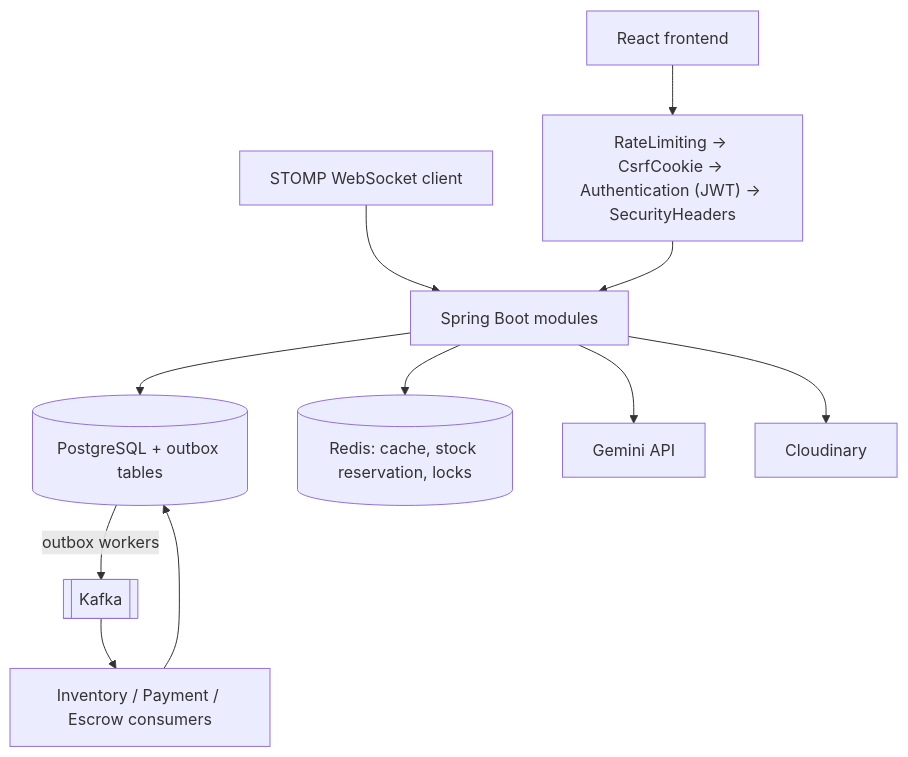
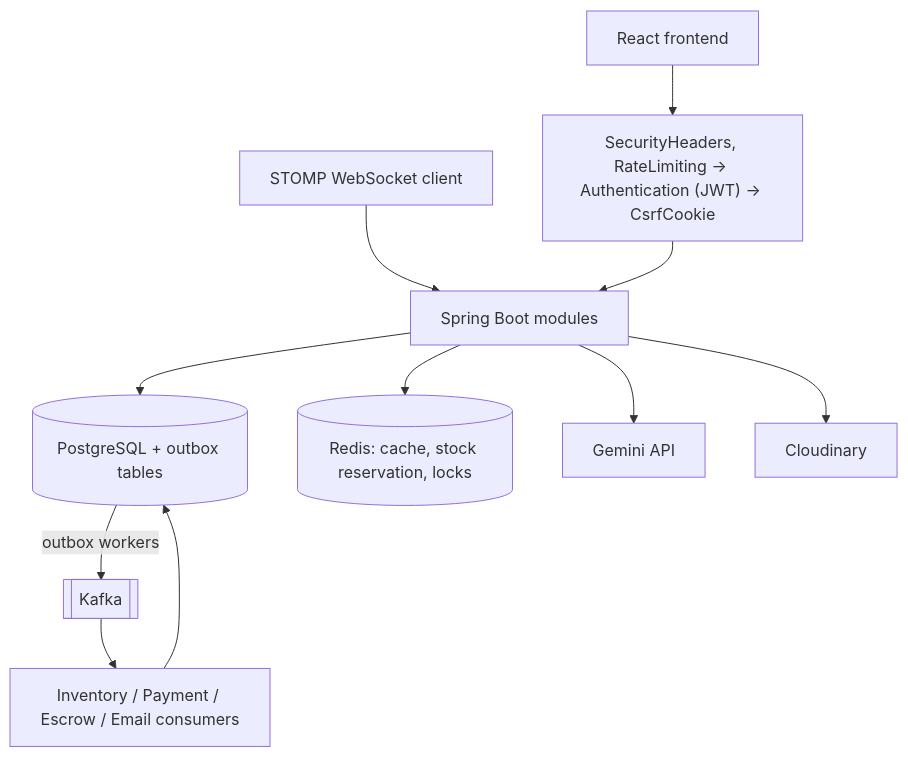
The diagram in README.md (Shyesilbas/secondHand), drawn with Mermaid before and after one commit. The commit also changed other lines of this file, not shown here.

First line of the commit message:
docs(readme): sync with current architecture, seeds, tests and security

````diff
--- a/README.md
+++ b/README.md
@@ -11,13 +11,13 @@
 ```mermaid
 graph TD
-    React["React frontend"] --> Filters["RateLimiting → CsrfCookie → Authentication (JWT) → SecurityHeaders"]
+    React["React frontend"] --> Filters["SecurityHeaders, RateLimiting → Authentication (JWT) → CsrfCookie"]
     Chat["STOMP WebSocket client"] --> Backend
     Filters --> Backend["Spring Boot modules"]
     Backend --> PG[("PostgreSQL + outbox tables")]
     Backend --> Redis[("Redis: cache, stock reservation, locks")]
     PG -->|"outbox workers"| Kafka[["Kafka"]]
-    Kafka --> Consumers["Inventory / Payment / Escrow consumers"]
+    Kafka --> Consumers["Inventory / Payment / Escrow / Email consumers"]
     Consumers --> PG
     Backend --> Gemini["Gemini API"]
     Backend --> Cloudinary["Cloudinary"]
 ```
````
